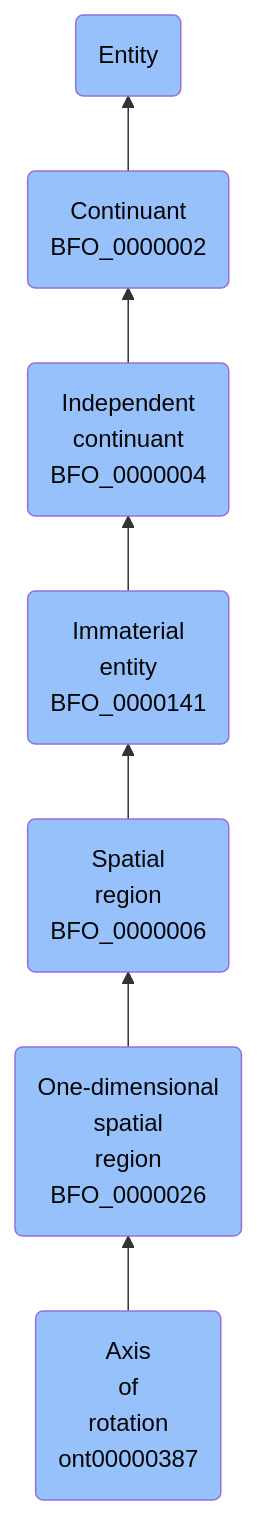
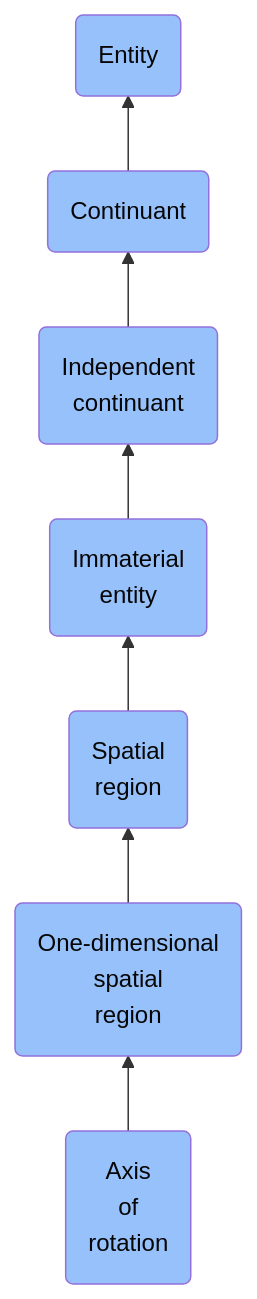
The diagram in docs/ontology/reference/model/Entity/Continuant/Independent continuant/Immaterial entity/Spatial region/One-dimensional spatial region/Axis of rotation/Axis of rotation.md (jupyter-naas/abi), drawn with Mermaid before and after one commit. The commit also changed other lines of this file and 1430 other files, not shown here.

````diff
--- a/docs/ontology/reference/model/Entity/Continuant/Independent continuant/Immaterial entity/Spatial region/One-dimensional spatial region/Axis of rotation/Axis of rotation.md
+++ b/docs/ontology/reference/model/Entity/Continuant/Independent continuant/Immaterial entity/Spatial region/One-dimensional spatial region/Axis of rotation/Axis of rotation.md
@@ -24,14 +24,14 @@
 ```mermaid
 graph BT
-    ont00000387(Axis<br>of<br>rotation<br>ont00000387):::BFO-->BFO_0000026
-    BFO_0000026(One-dimensional<br>spatial<br>region<br>BFO_0000026):::BFO-->BFO_0000006
-    BFO_0000006(Spatial<br>region<br>BFO_0000006):::BFO-->BFO_0000141
-    BFO_0000141(Immaterial<br>entity<br>BFO_0000141):::BFO-->BFO_0000004
-    BFO_0000004(Independent<br>continuant<br>BFO_0000004):::BFO-->BFO_0000002
-    BFO_0000002(Continuant<br>BFO_0000002):::BFO-->BFO_0000001
+    ont00000387(Axis<br>of<br>rotation):::BFO-->BFO_0000026
+    BFO_0000026(One-dimensional<br>spatial<br>region):::BFO-->BFO_0000006
+    BFO_0000006(Spatial<br>region):::BFO-->BFO_0000141
+    BFO_0000141(Immaterial<br>entity):::BFO-->BFO_0000004
+    BFO_0000004(Independent<br>continuant):::BFO-->BFO_0000002
+    BFO_0000002(Continuant):::BFO-->BFO_0000001
     BFO_0000001(Entity):::BFO
     
     classDef BFO fill:#97c1fb,color:#060606
     classDef CCO fill:#e4c51e,color:#060606
     classDef ABI fill:#48DD82,color:#060606
 ```
````
